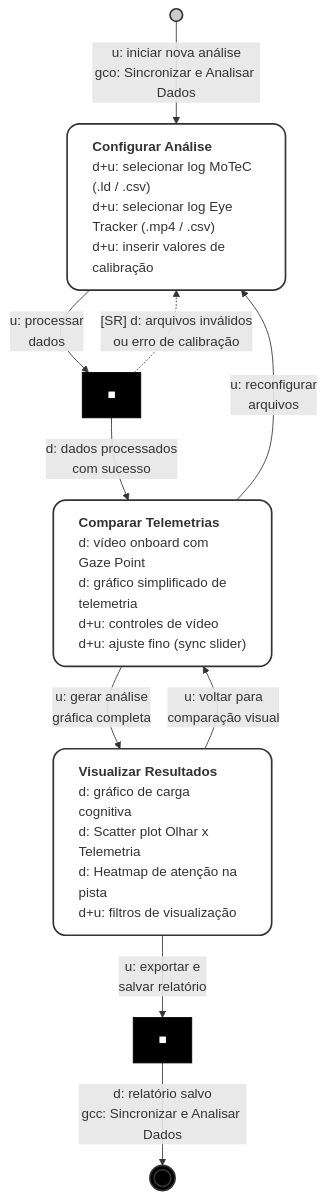
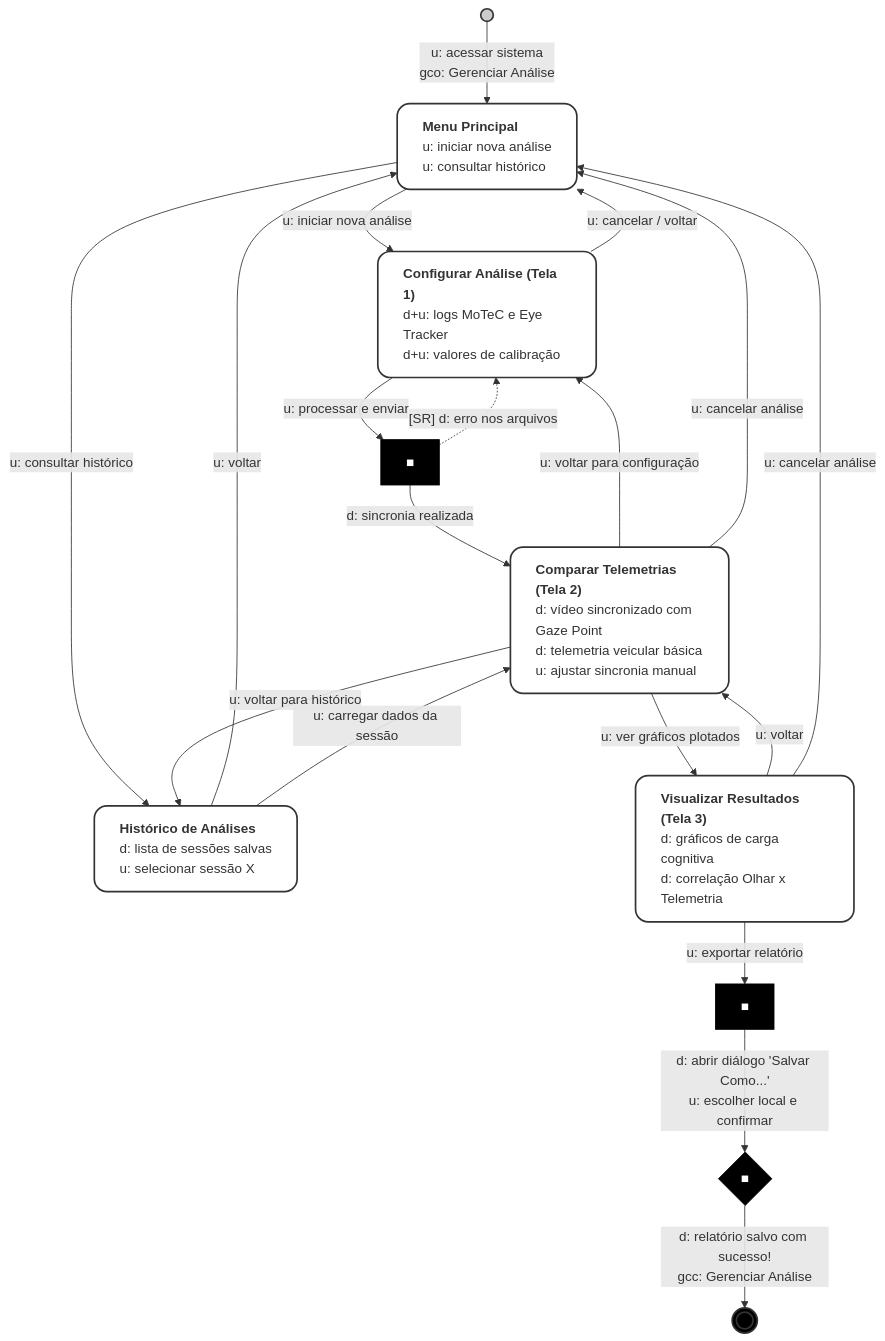
The diagram in MoLIC.md (z0mer/CC8122_InterfaceHumanoComputador), drawn with Mermaid before and after one commit.

````diff
--- a/MoLIC.md
+++ b/MoLIC.md
@@ -1,54 +1,94 @@
 ```mermaid 
 flowchart TD
-    %% Ponto de Abertura (Acesso)
-    Start(( )) -->|u: iniciar nova análise<br/>gco: Sincronizar e Analisar Dados| Cena1
+    %% Ponto de Abertura e Menu Principal
+    Start(( )) --> |"u: acessar sistema<br/>gco: Gerenciar Análise"| Menu
 
-    %% Cena 1: Configuração
-    Cena1["`**Configurar Análise**
-    d+u: selecionar log MoTeC (.ld / .csv)
-    d+u: selecionar log Eye Tracker (.mp4 / .csv)
-    d+u: inserir valores de calibração`"]
+    Menu["`**Menu Principal**
+    u: iniciar nova análise
+    u: consultar histórico`"]
+
+    %% ==========================================
+    %% FLUXO 1: NOVA ANÁLISE (Passa pela Tela 1)
+    %% ==========================================
+    Menu -->|u: iniciar nova análise| Cena1
+
+    Cena1["`**Configurar Análise (Tela 1)**
+    d+u: logs MoTeC e Eye Tracker
+    d+u: valores de calibração`"]
+
+    %% Cancelar/Voltar da Tela 1
+    Cena1 -->|u: cancelar / voltar| Menu
+
+    %% Processamento dos Dados
+    Preposto1[■]
+    Cena1 -->|u: processar e enviar| Preposto1
+    Preposto1 -.->|"[SR] d: erro nos arquivos"| Cena1
     
-    %% Preposto 1: Processamento da Cena 1
-    Preposto1[■]
-    Cena1 -->|u: processar<br/>dados| Preposto1
+    %% Avança para Tela 2
+    Preposto1 -->|"d: sincronia realizada"| Cena2
+
+
+    %% ==========================================
+    %% FLUXO 2: HISTÓRICO (Vai direto para Tela 2)
+    %% ==========================================
+    Menu -->|u: consultar histórico| Hist["`**Histórico de Análises**
+    d: lista de sessões salvas
+    u: selecionar sessão X`"]
     
-    %% Caminho de Erro (Tracejado) e Sucesso
-    Preposto1 -.->|"[SR] d: arquivos inválidos<br/>ou erro de calibração"| Cena1
-    Preposto1 -->|"d: dados processados<br/>com sucesso"| Cena2
+    %% Cancelar/Voltar do Histórico
+    Hist -->|u: voltar| Menu
+    
+    %% Avança para Tela 2
+    Hist -->|u: carregar dados da sessão| Cena2
 
-    %% Cena 2: Comparação Visual
-    Cena2["`**Comparar Telemetrias**
-    d: vídeo onboard com Gaze Point
-    d: gráfico simplificado de telemetria
-    d+u: controles de vídeo
-    d+u: ajuste fino (sync slider)`"]
+
+    %% ==========================================
+    %% ENCONTRO DOS FLUXOS (Tela 2)
+    %% ==========================================
+    Cena2["`**Comparar Telemetrias (Tela 2)**
+    d: vídeo sincronizado com Gaze Point
+    d: telemetria veicular básica
+    u: ajustar sincronia manual`"]
+
+    %% Transições da Tela 2 (Voltar/Cancelar)
+    Cena2 -->|u: voltar para configuração| Cena1
+    Cena2 -->|u: voltar para histórico| Hist
+    Cena2 -->|u: cancelar análise| Menu
     
-    %% Transições da Cena 2
-    Cena2 -->|u: reconfigurar<br/>arquivos| Cena1
-    Cena2 -->|u: gerar análise<br/>gráfica completa| Cena3
+    %% Avança para Tela 3
+    Cena2 -->|u: ver gráficos plotados| Cena3
 
-    %% Cena 3: Visualização dos Resultados
-    Cena3["`**Visualizar Resultados**
-    d: gráfico de carga cognitiva
-    d: Scatter plot Olhar x Telemetria
-    d: Heatmap de atenção na pista
-    d+u: filtros de visualização`"]
+
+    %% ==========================================
+    %% TELA 3 E EXPORTAÇÃO
+    %% ==========================================
+    Cena3["`**Visualizar Resultados (Tela 3)**
+    d: gráficos de carga cognitiva
+    d: correlação Olhar x Telemetria`"]
+
+    %% Transições da Tela 3
+    Cena3 -->|u: voltar| Cena2
+    Cena3 -->|u: cancelar análise| Menu
+
+    %% Processo de Exportação
+    Preposto2[■]
+    Cena3 -->|u: exportar relatório| Preposto2
     
-    %% Transições da Cena 3
-    Cena3 -->|u: voltar para<br/>comparação visual| Cena2
-    
-    %% Preposto 2 e Encerramento
-    Preposto2[■]
-    Cena3 -->|u: exportar e<br/>salvar relatório| Preposto2
-    Preposto2 -->|"d: relatório salvo<br/>gcc: Sincronizar e Analisar Dados"| End((( )))
-    
-    %% Estilização para ficar no padrão MoLIC
+    %% Pop-up de Salvamento e Fim
+    Preposto2 -->|"d: abrir diálogo 'Salvar Como...'<br/>u: escolher local e confirmar"| Sucesso{■}
+    Sucesso -->|"d: relatório salvo com sucesso!<br/>gcc: Gerenciar Análise"| End((( )))
+
+    %% ==========================================
+    %% ESTILIZAÇÃO PADRÃO MOLIC
+    %% ==========================================
     style Start fill:#ccc,stroke:#333,stroke-width:2px
+    style Menu fill:#fff,stroke:#333,stroke-width:2px,rx:15,ry:15,text-align:left
     style Cena1 fill:#fff,stroke:#333,stroke-width:2px,rx:15,ry:15,text-align:left
     style Cena2 fill:#fff,stroke:#333,stroke-width:2px,rx:15,ry:15,text-align:left
     style Cena3 fill:#fff,stroke:#333,stroke-width:2px,rx:15,ry:15,text-align:left
+    style Hist fill:#fff,stroke:#333,stroke-width:2px,rx:15,ry:15,text-align:left
     style Preposto1 fill:#000,stroke:#000,color:#fff
     style Preposto2 fill:#000,stroke:#000,color:#fff
+    style Sucesso fill:#000,stroke:#000,color:#fff
     style End fill:#000,stroke:#333,stroke-width:2px
 ```
````
